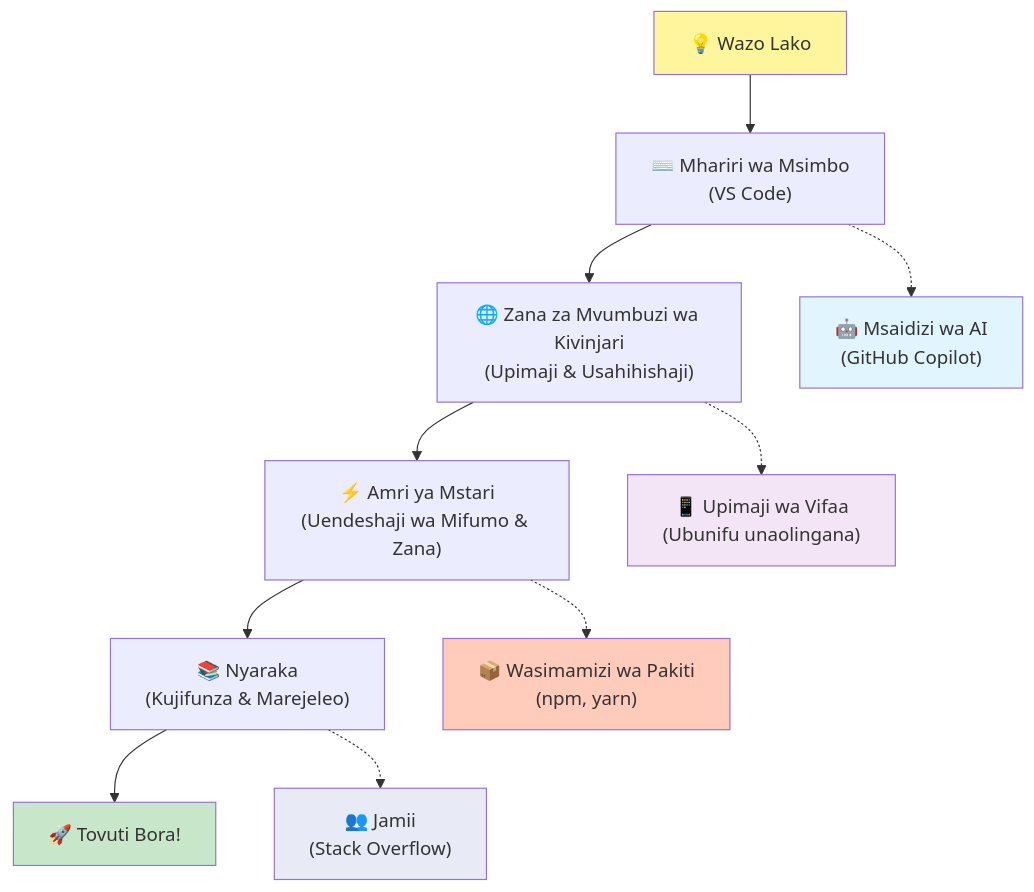
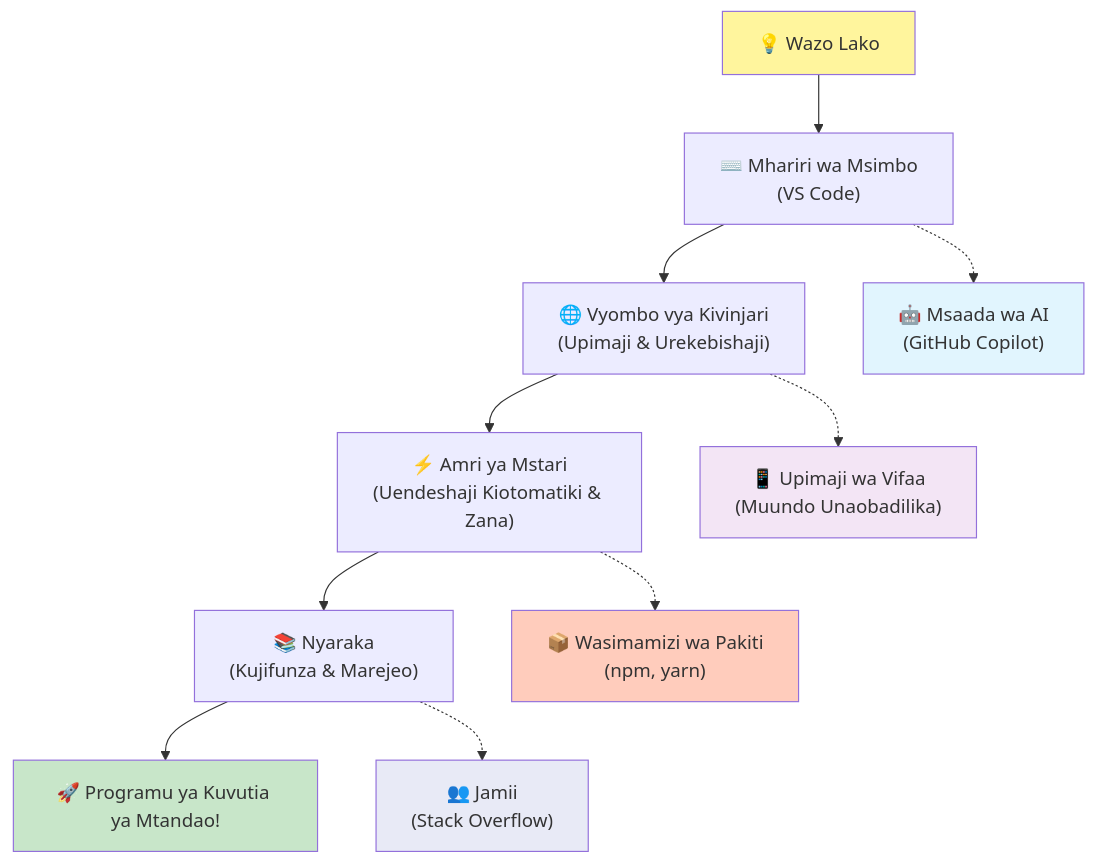
The fifth of 7 diagrams in translations/sw/1-getting-started-lessons/1-intro-to-programming-languages/README.md (microsoft/Web-Dev-For-Beginners), drawn with Mermaid before and after one commit. The commit also changed other lines of this file and 11 other files, not shown here.

````diff
--- a/translations/sw/1-getting-started-lessons/1-intro-to-programming-languages/README.md
+++ b/translations/sw/1-getting-started-lessons/1-intro-to-programming-languages/README.md
@@ -488,20 +487,20 @@
 ```mermaid
 graph TD
     A["💡 Wazo Lako"] --> B["⌨️ Mhariri wa Msimbo<br/>(VS Code)"] 
-    B --> C["🌐 Zana za Mvumbuzi wa Kivinjari<br/>(Upimaji & Usahihishaji)"]
-    C --> D["⚡ Amri ya Mstari<br/>(Uendeshaji wa Mifumo & Zana)"]
-    D --> E["📚 Nyaraka<br/>(Kujifunza & Marejeleo)"]
-    E --> F["🚀 Tovuti Bora!"]
+    B --> C["🌐 Vyombo vya Kivinjari<br/>(Upimaji & Urekebishaji)"]
+    C --> D["⚡ Amri ya Mstari<br/>(Uendeshaji Kiotomatiki & Zana)"]
+    D --> E["📚 Nyaraka<br/>(Kujifunza & Marejeo)"]
+    E --> F["🚀 Programu ya Kuvutia ya Mtandao!"]
     
-    B -.-> G["🤖 Msaidizi wa AI<br/>(GitHub Copilot)"]
-    C -.-> H["📱 Upimaji wa Vifaa<br/>(Ubunifu unaolingana)"]
+    B -.-> G["🤖 Msaada wa AI<br/>(GitHub Copilot)"]
+    C -.-> H["📱 Upimaji wa Vifaa<br/>(Muundo Unaobadilika)"]
     D -.-> I["📦 Wasimamizi wa Pakiti<br/>(npm, yarn)"]
     E -.-> J["👥 Jamii<br/>(Stack Overflow)"]
     
     style A fill:#fff59d
     style F fill:#c8e6c9
     style G fill:#e1f5fe
     style H fill:#f3e5f5
     style I fill:#ffccbc
     style J fill:#e8eaf6
 ```
````
